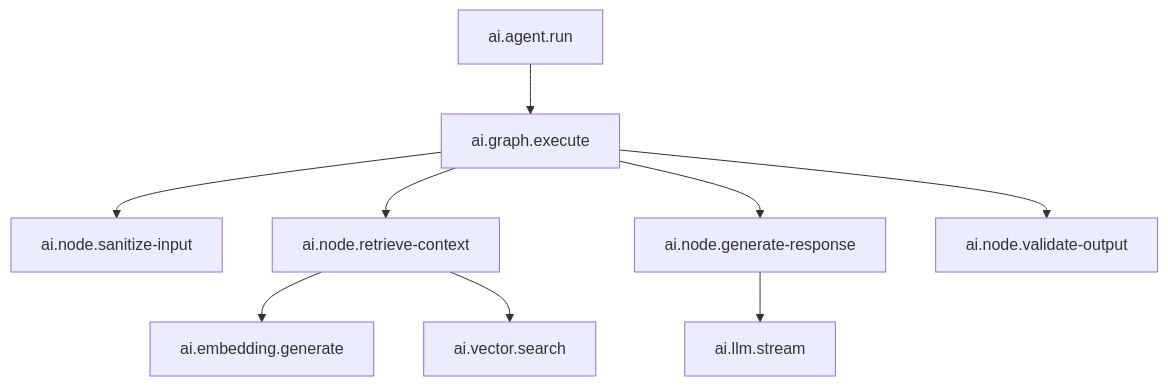
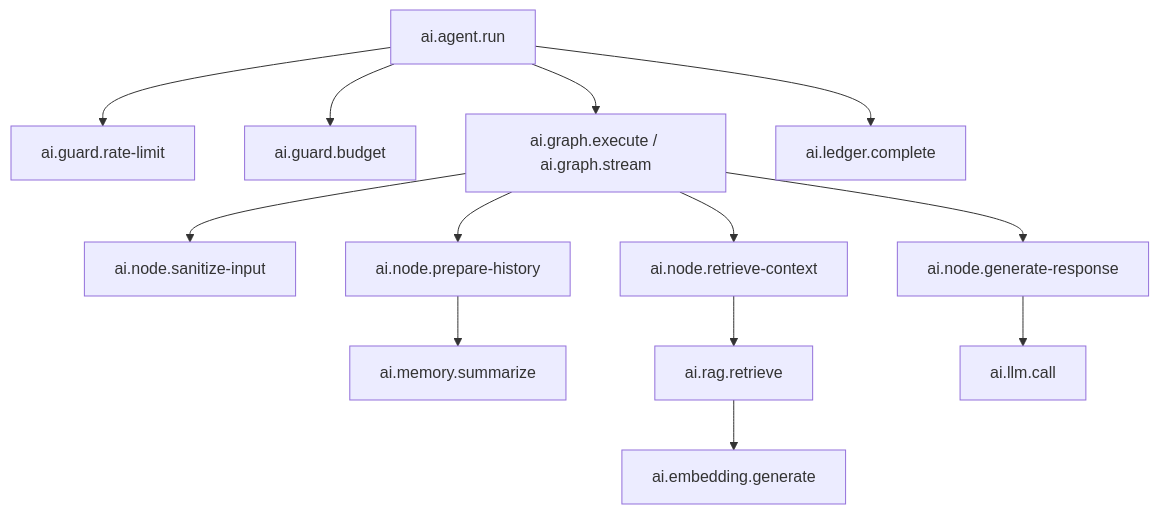
The second of 3 diagrams in docs/ai-platform/09-observability.md (HodaNabeil/ithra-code), drawn with Mermaid before and after one commit. The commit also changed other lines of this file and 96 other files, not shown here.

````diff
--- a/docs/ai-platform/09-observability.md
+++ b/docs/ai-platform/09-observability.md
@@ -165,11 +178,15 @@
 ```mermaid
 flowchart TD
-  AgentRun[ai.agent.run] --> GraphExec[ai.graph.execute]
+  AgentRun[ai.agent.run] --> GuardRate[ai.guard.rate-limit]
+  AgentRun --> GuardBudget[ai.guard.budget]
+  AgentRun --> GraphExec[ai.graph.execute / ai.graph.stream]
   GraphExec --> Sanitize[ai.node.sanitize-input]
+  GraphExec --> PrepareHistory[ai.node.prepare-history]
+  PrepareHistory --> Summarize[ai.memory.summarize]
   GraphExec --> Retrieve[ai.node.retrieve-context]
-  Retrieve --> Embed[ai.embedding.generate]
-  Retrieve --> VectorSearch[ai.vector.search]
+  Retrieve --> RagRetrieve[ai.rag.retrieve]
+  RagRetrieve --> Embed[ai.embedding.generate]
   GraphExec --> Generate[ai.node.generate-response]
-  Generate --> LLMCall[ai.llm.stream]
-  GraphExec --> Validate[ai.node.validate-output]
+  Generate --> LLMCall[ai.llm.call]
+  AgentRun --> LedgerComplete[ai.ledger.complete]
 ```
````
